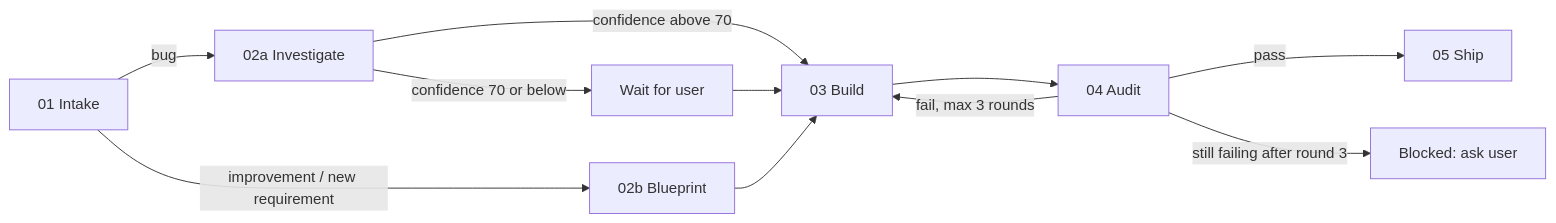
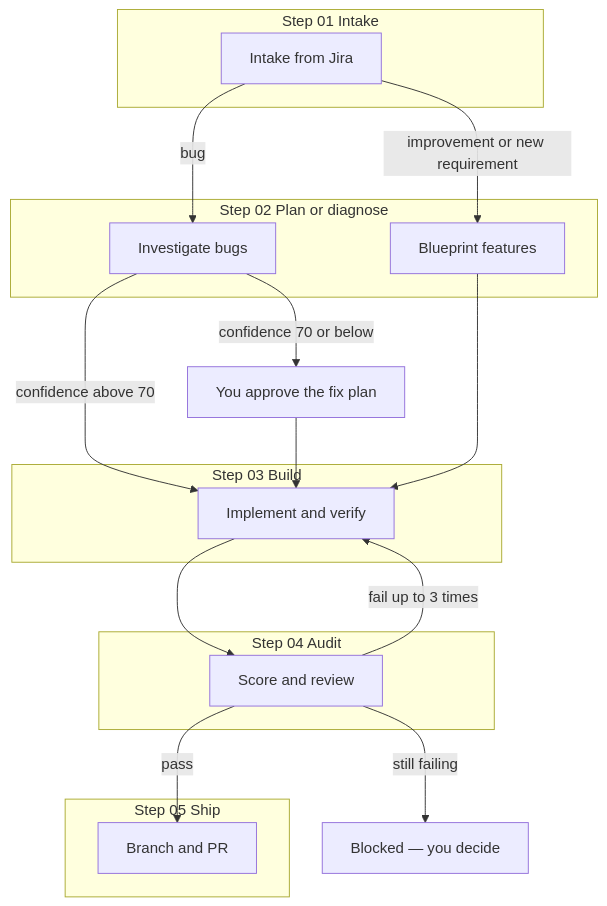
One commit to kdjadeja21/slotly changed the diagram in TICKETFLOW.md. Above: the diagram before and after it, drawn with Mermaid. The commit also changed other lines of this file and 1 other file, not shown here.

Commit message:
docs: rewrite TICKETFLOW.md as user guide

````diff
--- a/TICKETFLOW.md
+++ b/TICKETFLOW.md
@@ -9,13 +39,29 @@
 ```mermaid
-flowchart LR
-  intake[01 Intake] -->|bug| investigate[02a Investigate]
-  intake -->|"improvement / new requirement"| blueprint[02b Blueprint]
-  investigate -->|"confidence above 70"| build[03 Build]
-  investigate -->|"confidence 70 or below"| waitUser[Wait for user]
+flowchart TB
+  subgraph step01 [Step 01 Intake]
+    intake[Intake from Jira]
+  end
+  subgraph step02 [Step 02 Plan or diagnose]
+    investigate[Investigate bugs]
+    blueprint[Blueprint features]
+  end
+  subgraph step03 [Step 03 Build]
+    build[Implement and verify]
+  end
+  subgraph step04 [Step 04 Audit]
+    audit[Score and review]
+  end
+  subgraph step05 [Step 05 Ship]
+    ship[Branch and PR]
+  end
+  intake -->|bug| investigate
+  intake -->|improvement or new requirement| blueprint
+  investigate -->|confidence above 70| build
+  investigate -->|confidence 70 or below| waitUser[You approve the fix plan]
   waitUser --> build
   blueprint --> build
-  build --> audit[04 Audit]
-  audit -->|pass| ship[05 Ship]
-  audit -->|"fail, max 3 rounds"| build
-  audit -->|"still failing after round 3"| askUser[Blocked: ask user]
+  build --> audit
+  audit -->|pass| ship
+  audit -->|fail up to 3 times| build
+  audit -->|still failing| blocked[Blocked — you decide]
 ```
````
